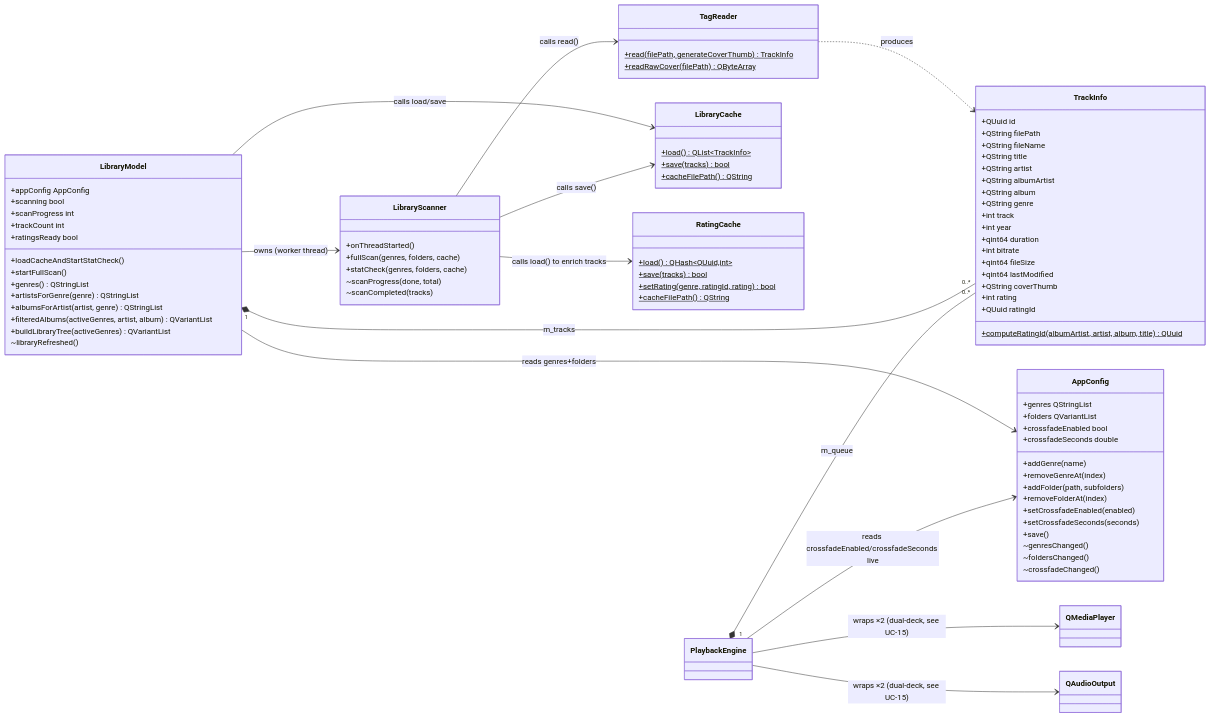
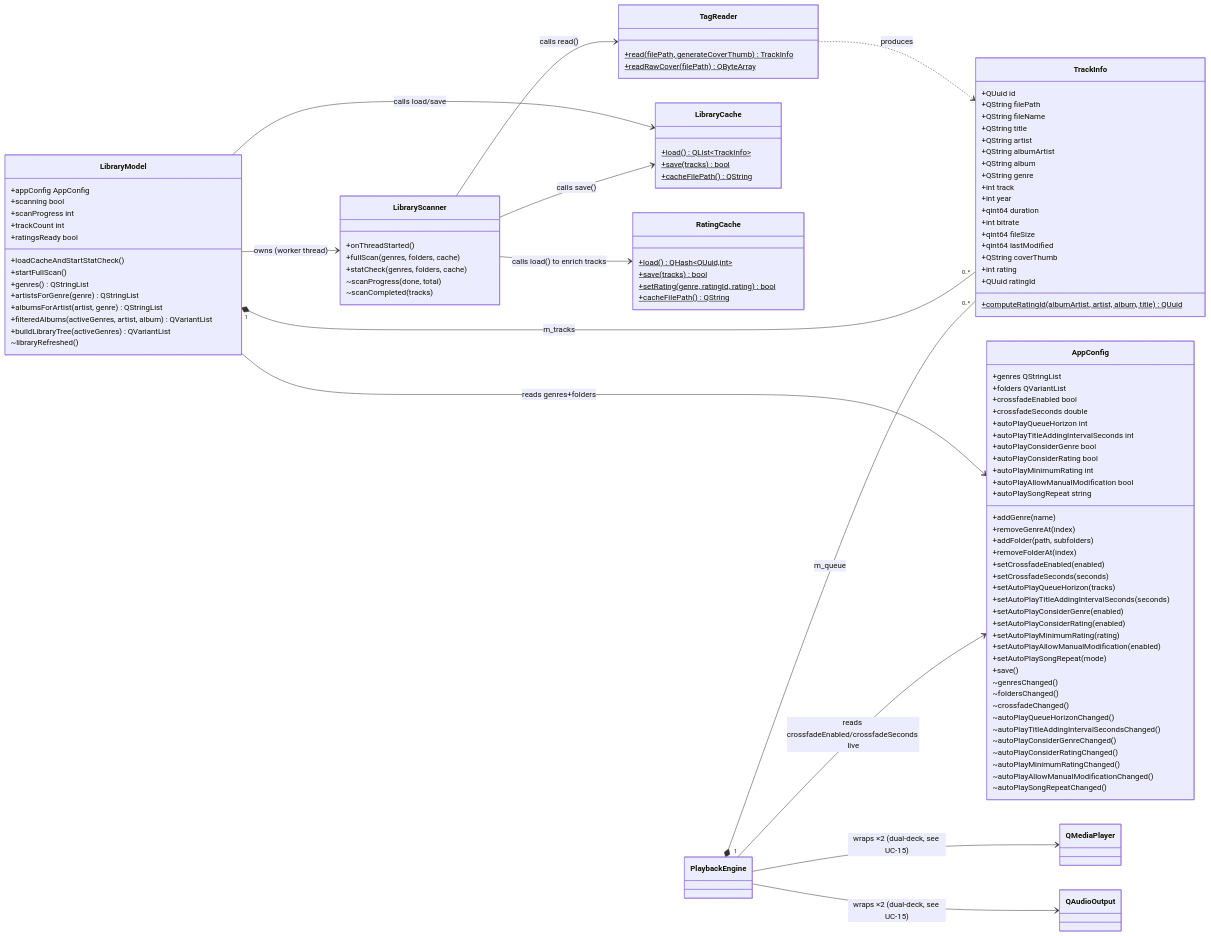
One commit to crucifythemadness/Topaz changed the diagram in architecture/AudioJukeboxTopaz.md. Above: the diagram before and after it, drawn with Mermaid. The commit also changed other lines of this file and 4 other files, not shown here.

Commit message:
Feature added: AUTO PLAY Setup configuration

```diff
--- a/architecture/AudioJukeboxTopaz.md
+++ b/architecture/AudioJukeboxTopaz.md
@@ -889,16 +913,37 @@
       +folders QVariantList
       +crossfadeEnabled bool
       +crossfadeSeconds double
+      +autoPlayQueueHorizon int
+      +autoPlayTitleAddingIntervalSeconds int
+      +autoPlayConsiderGenre bool
+      +autoPlayConsiderRating bool
+      +autoPlayMinimumRating int
+      +autoPlayAllowManualModification bool
+      +autoPlaySongRepeat string
       +addGenre(name)
       +removeGenreAt(index)
       +addFolder(path, subfolders)
       +removeFolderAt(index)
       +setCrossfadeEnabled(enabled)
       +setCrossfadeSeconds(seconds)
+      +setAutoPlayQueueHorizon(tracks)
+      +setAutoPlayTitleAddingIntervalSeconds(seconds)
+      +setAutoPlayConsiderGenre(enabled)
+      +setAutoPlayConsiderRating(enabled)
+      +setAutoPlayMinimumRating(rating)
+      +setAutoPlayAllowManualModification(enabled)
+      +setAutoPlaySongRepeat(mode)
       +save()
       ~genresChanged()
       ~foldersChanged()
       ~crossfadeChanged()
+      ~autoPlayQueueHorizonChanged()
+      ~autoPlayTitleAddingIntervalSecondsChanged()
+      ~autoPlayConsiderGenreChanged()
+      ~autoPlayConsiderRatingChanged()
+      ~autoPlayMinimumRatingChanged()
+      ~autoPlayAllowManualModificationChanged()
+      ~autoPlaySongRepeatChanged()
     }
 
     LibraryModel --> LibraryScanner : owns (worker thread)
```
